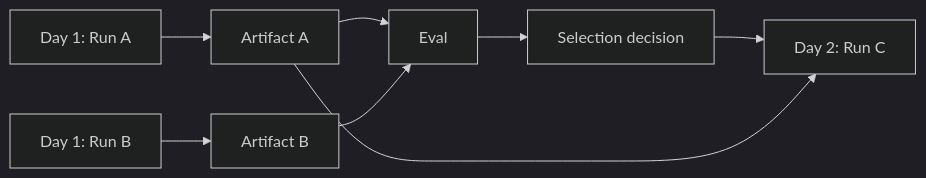
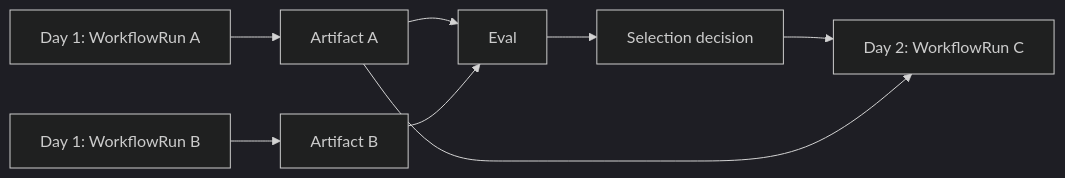
Before and after one commit to thaithienvanid/agentic-reference-architecture: the diagram in patterns/cross-run-experiments.mdx, drawn with Mermaid (dark theme). The commit also changed other lines of this file, not shown here.

````diff
--- a/patterns/cross-run-experiments.mdx
+++ b/patterns/cross-run-experiments.mdx
@@ -12,10 +14,10 @@
 ```mermaid
 flowchart LR
-    A["Day 1: Run A"] --> ArtA["Artifact A"]
-    B["Day 1: Run B"] --> ArtB["Artifact B"]
+    A["Day 1: WorkflowRun A"] --> ArtA["Artifact A"]
+    B["Day 1: WorkflowRun B"] --> ArtB["Artifact B"]
     ArtA --> Eval
     ArtB --> Eval
     Eval --> Decision["Selection decision"]
-    Decision --> C["Day 2: Run C"]
+    Decision --> C["Day 2: WorkflowRun C"]
     ArtA --> C
 ```
````
